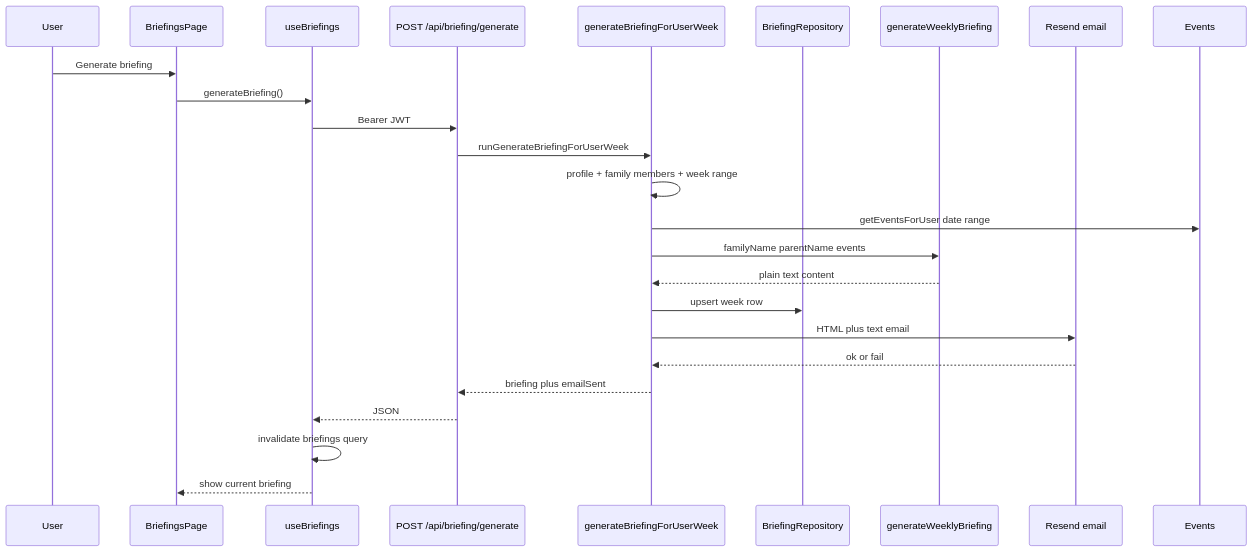
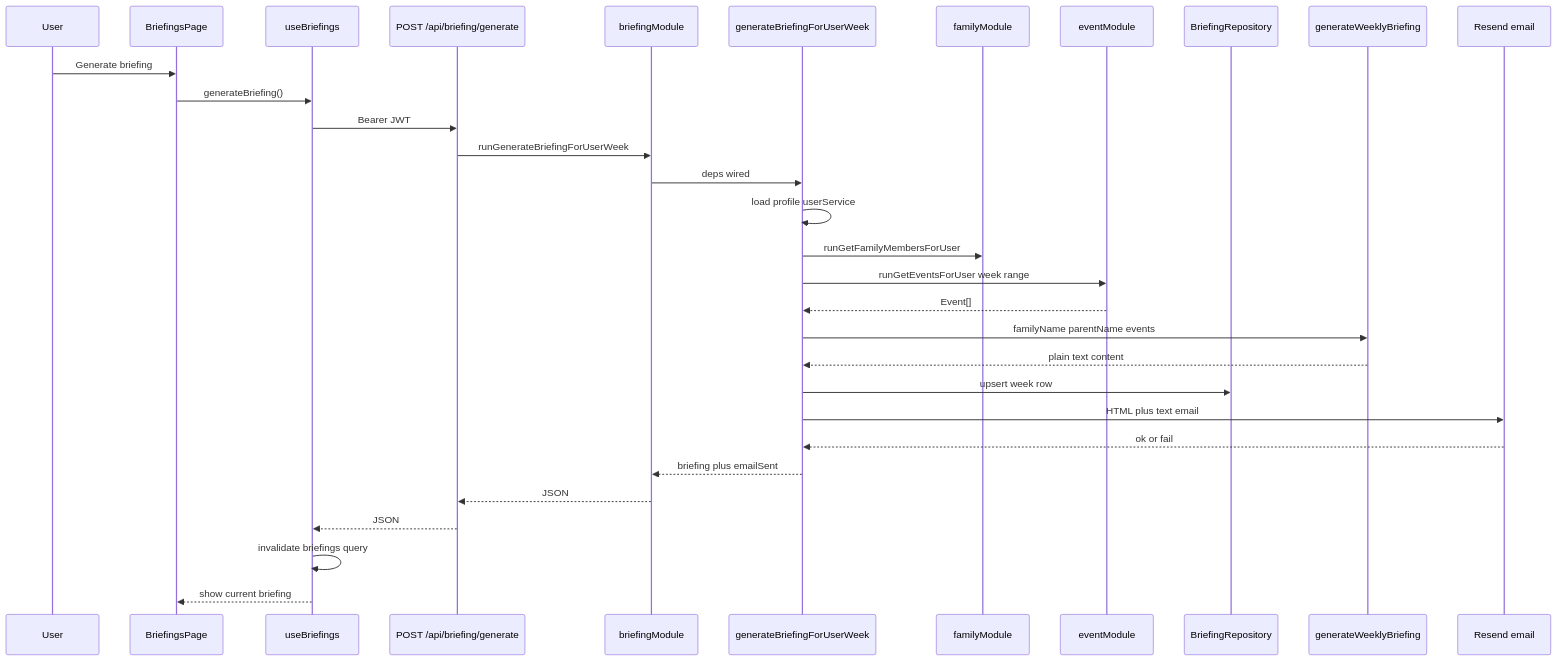
One commit to LukeAveil/familyBrief changed the second of 2 diagrams in README.md. Above: the diagram before and after it, drawn with Mermaid. The commit also changed other lines of this file, not shown here.

````diff
--- a/README.md
+++ b/README.md
@@ -106,27 +137,34 @@
 ```mermaid
 sequenceDiagram
   participant User
   participant Page as BriefingsPage
   participant Hook as useBriefings
   participant API as POST /api/briefing/generate
+  participant Mod as briefingModule
   participant UC as generateBriefingForUserWeek
+  participant Fam as familyModule
+  participant Ev as eventModule
   participant Repo as BriefingRepository
   participant AI as generateWeeklyBriefing
   participant Mail as Resend email
 
   User->>Page: Generate briefing
   Page->>Hook: generateBriefing()
   Hook->>API: Bearer JWT
-  API->>UC: runGenerateBriefingForUserWeek
-  UC->>UC: profile + family members + week range
-  UC->>Events: getEventsForUser date range
+  API->>Mod: runGenerateBriefingForUserWeek
+  Mod->>UC: deps wired
+  UC->>UC: load profile userService
+  UC->>Fam: runGetFamilyMembersForUser
+  UC->>Ev: runGetEventsForUser week range
+  Ev-->>UC: Event[]
   UC->>AI: familyName parentName events
   AI-->>UC: plain text content
   UC->>Repo: upsert week row
   UC->>Mail: HTML plus text email
   Mail-->>UC: ok or fail
-  UC-->>API: briefing plus emailSent
+  UC-->>Mod: briefing plus emailSent
+  Mod-->>API: JSON
   API-->>Hook: JSON
   Hook->>Hook: invalidate briefings query
   Hook-->>Page: show current briefing
 ```
````
